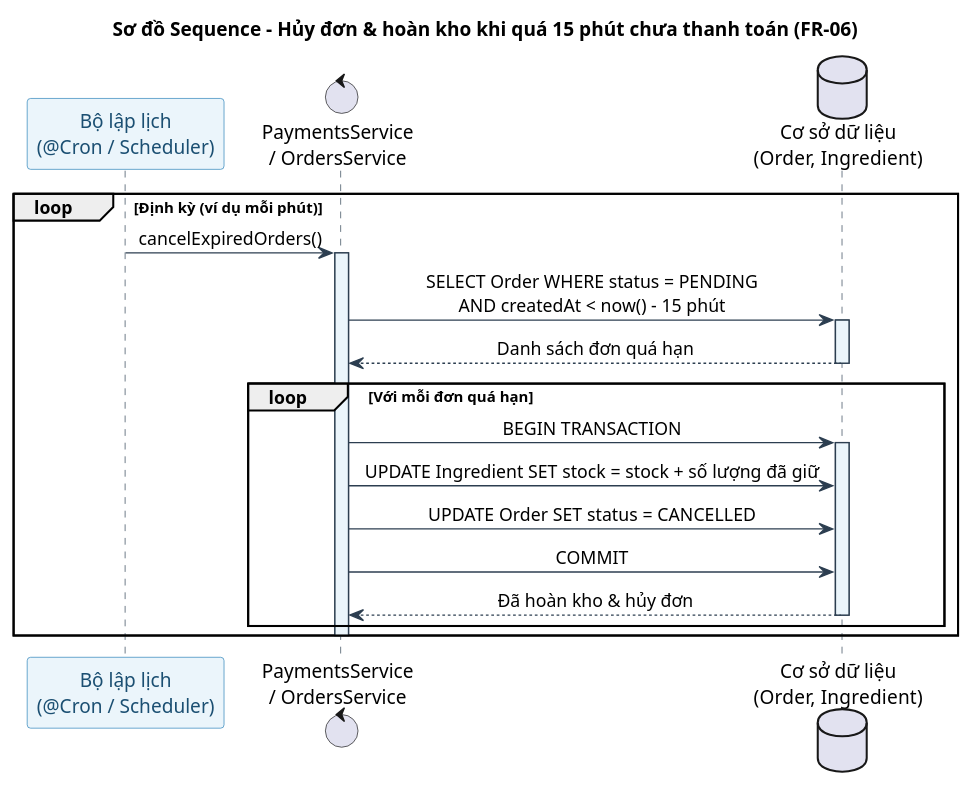
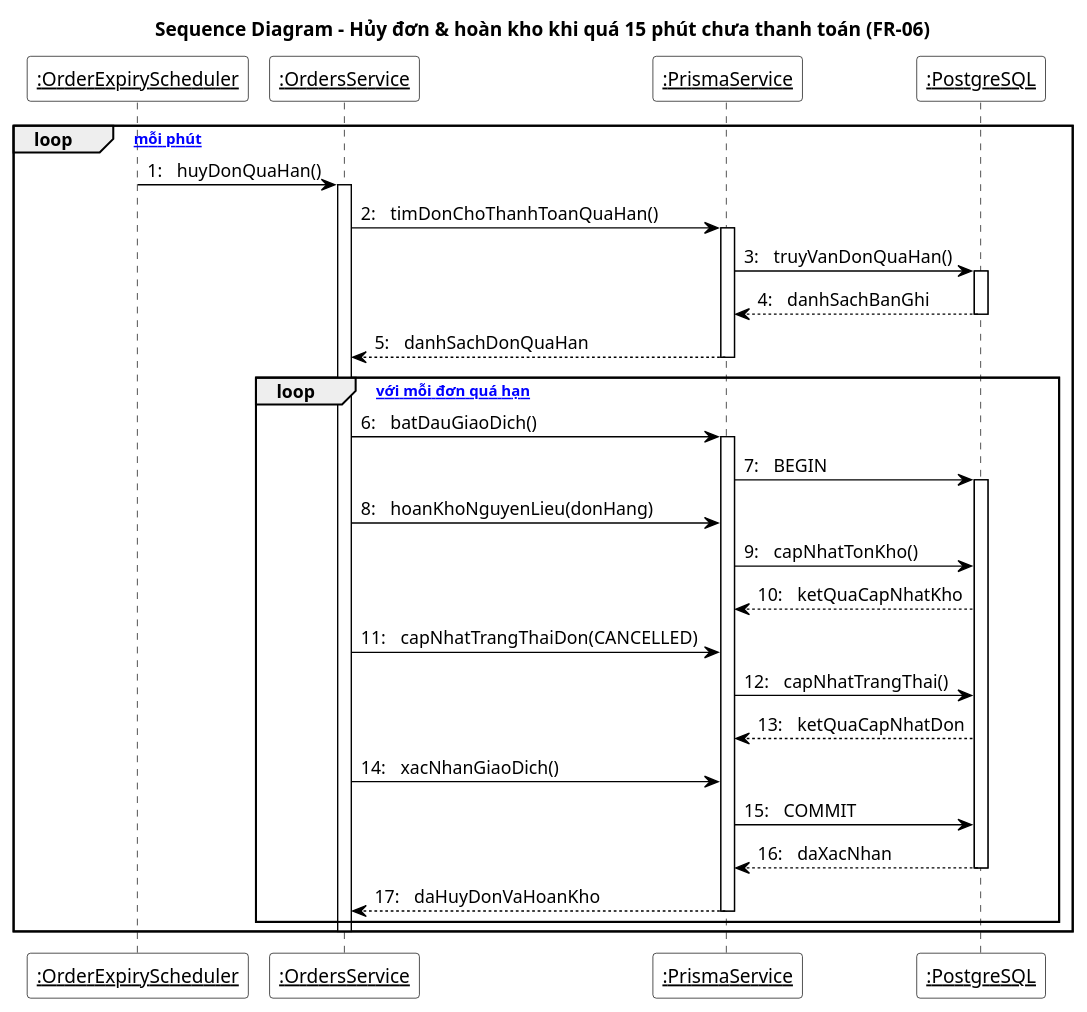
Before and after one commit to Phuc280106/BrewLite2: the diagram in docs/diagrams/payment/sequence-payment-timeout.puml, drawn with PlantUML. The commit also changed 1 other file, not shown here.

Commit message:
docs(diagrams): Chỉnh sửa sequence diagram cho payment timeout

```diff
--- a/docs/diagrams/payment/sequence-payment-timeout.puml
+++ b/docs/diagrams/payment/sequence-payment-timeout.puml
@@ -1,41 +1,59 @@
 @startuml
-title Sơ đồ Sequence - Hủy đơn & hoàn kho khi quá 15 phút chưa thanh toán (FR-06)
+title Sequence Diagram - Hủy đơn & hoàn kho khi quá 15 phút chưa thanh toán (FR-06)
 
+autonumber 1 1 "0:  "
 skinparam backgroundColor white
+skinparam sequenceMessageAlign left
 skinparam sequence {
-    ArrowColor #2C3E50
-    LifeLineBorderColor #2C3E50
-    LifeLineBorderThickness 1.5
-    LifeLineBackgroundColor #EBF5FB
-    ParticipantBorderColor #2980B9
-    ParticipantBackgroundColor #EBF5FB
-    ParticipantFontColor #1B4F72
-    MessageAlign center
-    ResponseMessageBelowArrow true
+    ArrowColor black
+    LifeLineBorderColor black
+    ParticipantBorderColor black
+    ParticipantBackgroundColor white
+    ParticipantFontColor black
 }
 
-participant "Bộ lập lịch\n(@Cron / Scheduler)" as Scheduler
-control "PaymentsService\n/ OrdersService" as Service
-database "Cơ sở dữ liệu\n(Order, Ingredient)" as DB
+<style>
+participant {
+    Padding 20
+}
+</style>
 
-loop Định kỳ (ví dụ mỗi phút)
-    Scheduler -> Service : cancelExpiredOrders()
+participant "<u>:OrderExpiryScheduler</u>" as Scheduler
+participant "<u>:OrdersService</u>" as Service
+participant "<u>:PrismaService</u>" as Prisma
+participant "<u>:PostgreSQL</u>" as DB
+
+loop [. mỗi phút]
+    Scheduler -> Service : huyDonQuaHan()
     activate Service
-    Service -> DB : SELECT Order WHERE status = PENDING\nAND createdAt < now() - 15 phút
+    Service -> Prisma : timDonChoThanhToanQuaHan()
+    activate Prisma
+    Prisma -> DB : truyVanDonQuaHan()
     activate DB
-    DB --> Service : Danh sách đơn quá hạn
+    DB --> Prisma : danhSachBanGhi
     deactivate DB
+    Prisma --> Service : danhSachDonQuaHan
+    deactivate Prisma
 
-    loop Với mỗi đơn quá hạn
-        Service -> DB : BEGIN TRANSACTION
+    loop [. với mỗi đơn quá hạn]
+        Service -> Prisma : batDauGiaoDich()
+        activate Prisma
+        Prisma -> DB : BEGIN
         activate DB
-        Service -> DB : UPDATE Ingredient SET stock = stock + số lượng đã giữ
-        Service -> DB : UPDATE Order SET status = CANCELLED
-        Service -> DB : COMMIT
-        DB --> Service : Đã hoàn kho & hủy đơn
+        Service -> Prisma : hoanKhoNguyenLieu(donHang)
+        Prisma -> DB : capNhatTonKho()
+        DB --> Prisma : ketQuaCapNhatKho
+        Service -> Prisma : capNhatTrangThaiDon(CANCELLED)
+        Prisma -> DB : capNhatTrangThai()
+        DB --> Prisma : ketQuaCapNhatDon
+        Service -> Prisma : xacNhanGiaoDich()
+        Prisma -> DB : COMMIT
+        DB --> Prisma : daXacNhan
         deactivate DB
+        Prisma --> Service : daHuyDonVaHoanKho
+        deactivate Prisma
     end
     deactivate Service
 end
 
 @enduml
```
